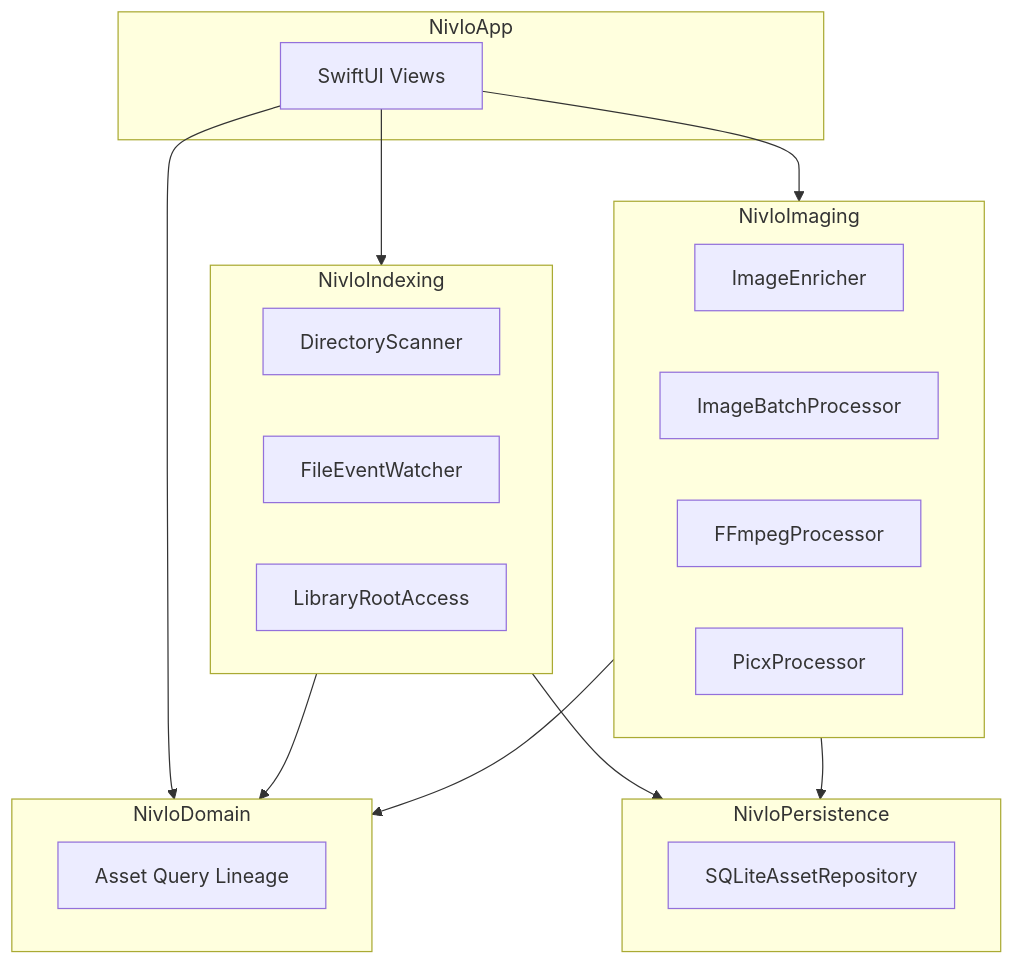
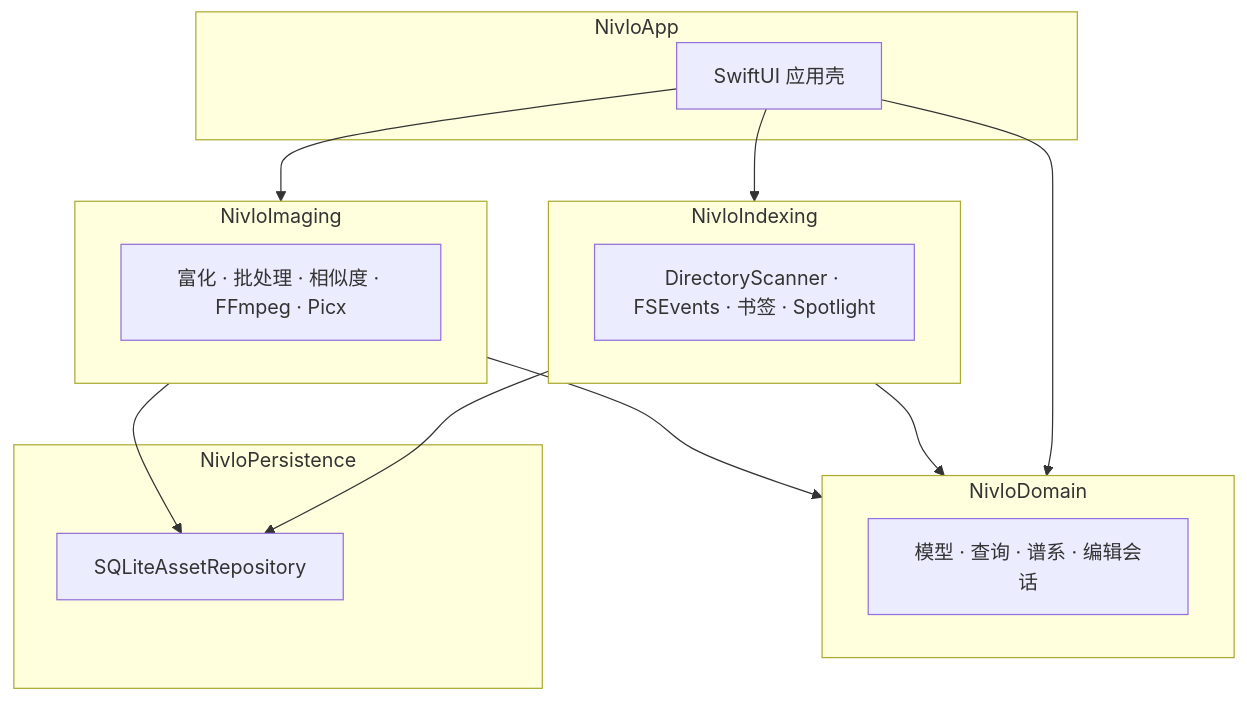
One commit to ingeniousfrog/Nivlo changed the second of 2 diagrams in README-CN.md. Above: the diagram before and after it, drawn with Mermaid. The commit also changed other lines of this file and 7 other files, not shown here.

````diff
--- a/README-CN.md
+++ b/README-CN.md
@@ -123,30 +147,25 @@
 ```mermaid
 flowchart TB
   subgraph app [NivloApp]
-    UI[SwiftUI Views]
+    UI[SwiftUI 应用壳]
   end
   subgraph domain [NivloDomain]
-    Models[Asset Query Lineage]
+    M[模型 · 查询 · 谱系 · 编辑会话]
   end
   subgraph indexing [NivloIndexing]
-    Scan[DirectoryScanner]
-    Watch[FileEventWatcher]
-    Access[LibraryRootAccess]
+    S[DirectoryScanner · FSEvents · 书签 · Spotlight]
   end
   subgraph imaging [NivloImaging]
-    Enrich[ImageEnricher]
-    Batch[ImageBatchProcessor]
-    FFmpeg[FFmpegProcessor]
-    Picx[PicxProcessor]
+    I[富化 · 批处理 · 相似度 · FFmpeg · Picx]
   end
   subgraph persistence [NivloPersistence]
-    SQLite[SQLiteAssetRepository]
+    DB[SQLiteAssetRepository]
   end
   UI --> domain
   UI --> indexing
   UI --> imaging
   indexing --> domain
   imaging --> domain
-  indexing --> persistence
-  imaging --> persistence
+  indexing --> DB
+  imaging --> DB
 ```
````
